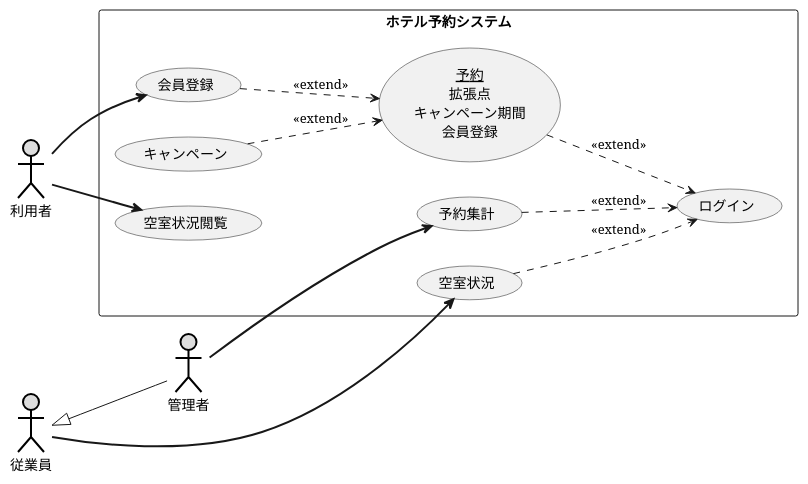
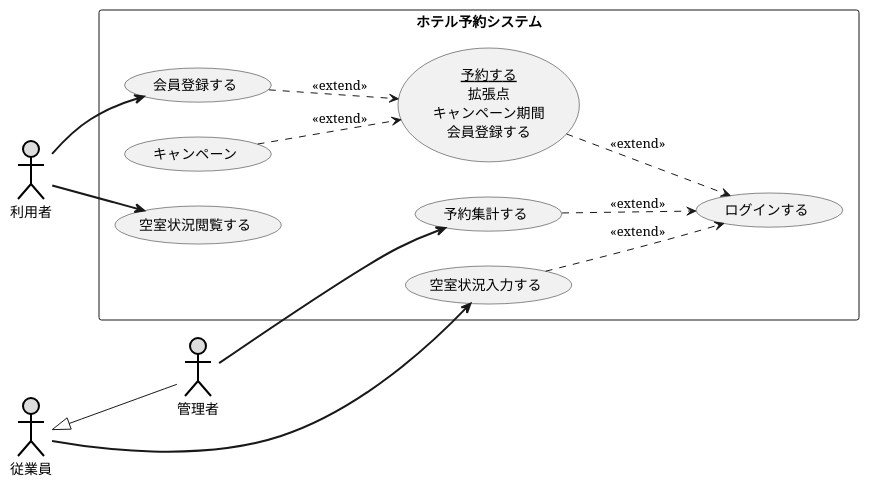
Before and after one commit to nakamachiJP/uml-introduction: the diagram in 演習2-8_UC_ホテル予約システム.pu, drawn with PlantUML.

Commit message:
演習2-8なおし

```diff
--- a/演習2-8_UC_ホテル予約システム.pu
+++ b/演習2-8_UC_ホテル予約システム.pu
@@ -1,25 +1,25 @@
 @startuml ユースケース図
 left to right direction
 actor 利用者 as user #DDDDDD;line:black;line.bold;
 actor 従業員 as user2 #DDDDDD;line:black;line.bold;
 actor 管理者 as user3 #DDDDDD;line:black;line.bold;
 rectangle ホテル予約システム {
-usecase 会員登録
+usecase 会員登録する
 usecase キャンペーン
-usecase 空室状況閲覧
-usecase ログイン
-usecase (<u>予約</u>\n拡張点\nキャンペーン期間\n会員登録) as input
-usecase 予約集計
-usecase 空室状況
-user-[bold]->(会員登録)
-user-[bold]->(空室状況閲覧)
-user2-[bold]->(空室状況)
-user3-[bold]->(予約集計)
+usecase 空室状況閲覧する
+usecase ログインする
+usecase (<u>予約する</u>\n拡張点\nキャンペーン期間\n会員登録する) as input
+usecase 予約集計する
+usecase 空室状況入力する
+user-[bold]->(会員登録する)
+user-[bold]->(空室状況閲覧する)
+user2-[bold]->(空室状況入力する)
+user3-[bold]->(予約集計する)
 }
 (キャンペーン) ..> input : <<extend>>
-(会員登録) ..> input : <<extend>>
-input ..> ログイン : <<extend>>
-予約集計 ..> ログイン : <<extend>>
-空室状況 ..> ログイン : <<extend>>
+(会員登録する) ..> input : <<extend>>
+input ..> ログインする : <<extend>>
+予約集計する ..> ログインする : <<extend>>
+空室状況入力する ..> ログインする : <<extend>>
 user2 <|-- user3
 @enduml
```
